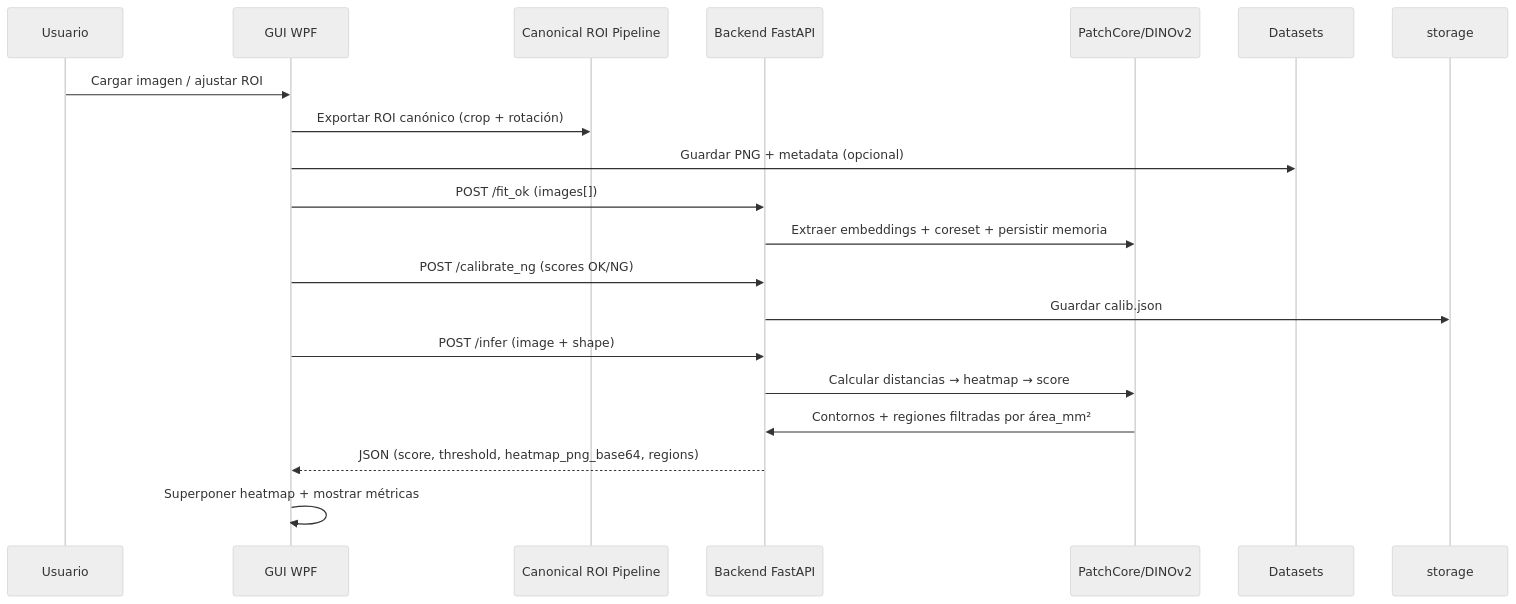
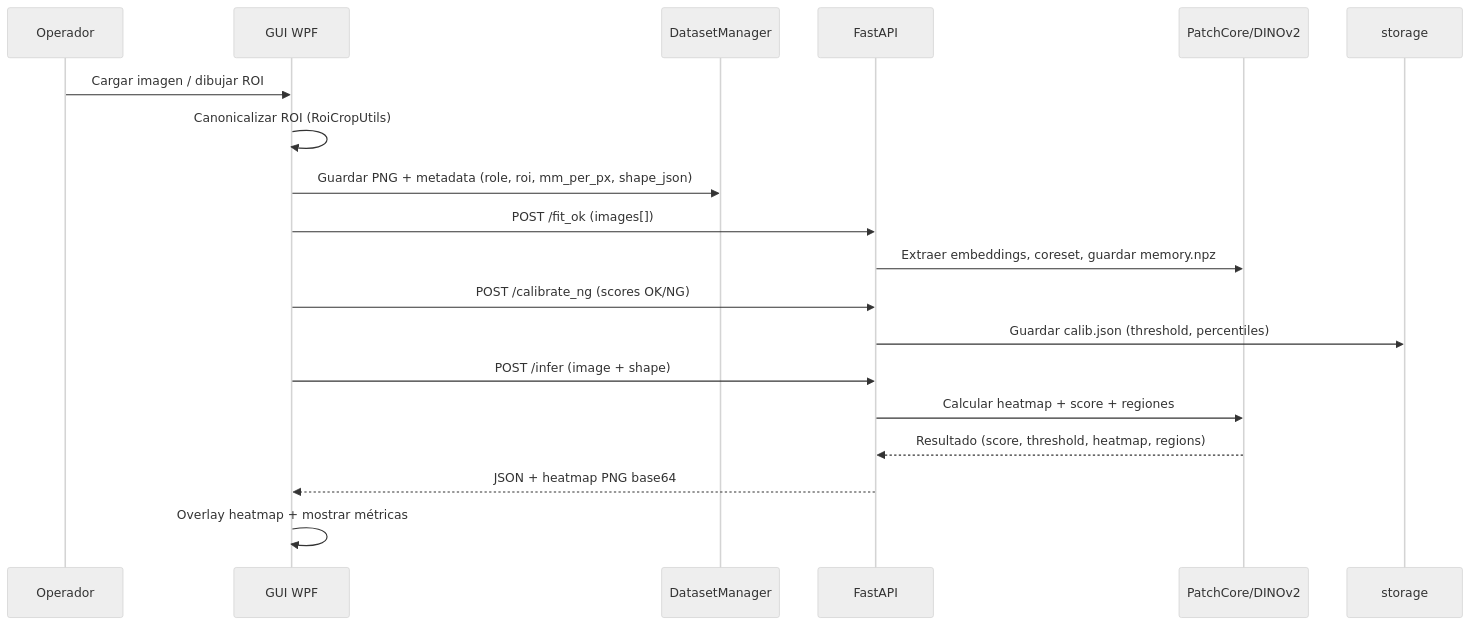
Before and after one commit to MillyGit/BrakeDiscInspector: the second of 2 diagrams in ARCHITECTURE.md, drawn with Mermaid (neutral theme). The commit also changed other lines of this file and 13 other files, not shown here.

````diff
--- a/ARCHITECTURE.md
+++ b/ARCHITECTURE.md
@@ -74,21 +69,21 @@
 ```mermaid
 sequenceDiagram
-    participant U as Usuario
+    participant U as Operador
     participant GUI as GUI WPF
-    participant ROI as Canonical ROI Pipeline
-    participant BE as Backend FastAPI
+    participant DS as DatasetManager
+    participant BE as FastAPI
     participant PC as PatchCore/DINOv2
 
-    U->>GUI: Cargar imagen / ajustar ROI
-    GUI->>ROI: Exportar ROI canónico (crop + rotación)
-    GUI->>Datasets: Guardar PNG + metadata (opcional)
+    U->>GUI: Cargar imagen / dibujar ROI
+    GUI->>GUI: Canonicalizar ROI (RoiCropUtils)
+    GUI->>DS: Guardar PNG + metadata (role, roi, mm_per_px, shape_json)
     GUI->>BE: POST /fit_ok (images[])
-    BE->>PC: Extraer embeddings + coreset + persistir memoria
+    BE->>PC: Extraer embeddings, coreset, guardar memory.npz
     GUI->>BE: POST /calibrate_ng (scores OK/NG)
-    BE->>storage: Guardar calib.json
+    BE->>storage: Guardar calib.json (threshold, percentiles)
     GUI->>BE: POST /infer (image + shape)
-    BE->>PC: Calcular distancias → heatmap → score
-    PC->>BE: Contornos + regiones filtradas por área_mm²
-    BE-->>GUI: JSON (score, threshold, heatmap_png_base64, regions)
-    GUI->>GUI: Superponer heatmap + mostrar métricas
+    BE->>PC: Calcular heatmap + score + regiones
+    PC-->>BE: Resultado (score, threshold, heatmap, regions)
+    BE-->>GUI: JSON + heatmap PNG base64
+    GUI->>GUI: Overlay heatmap + mostrar métricas
 ```
````
